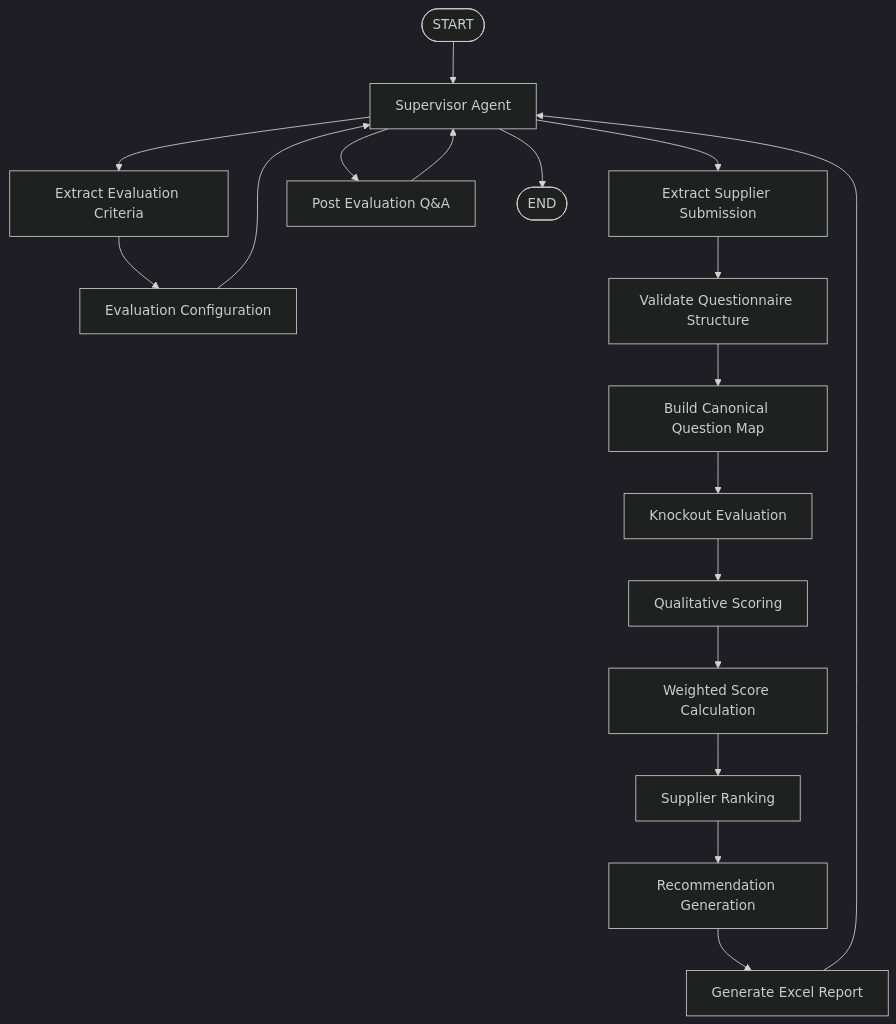
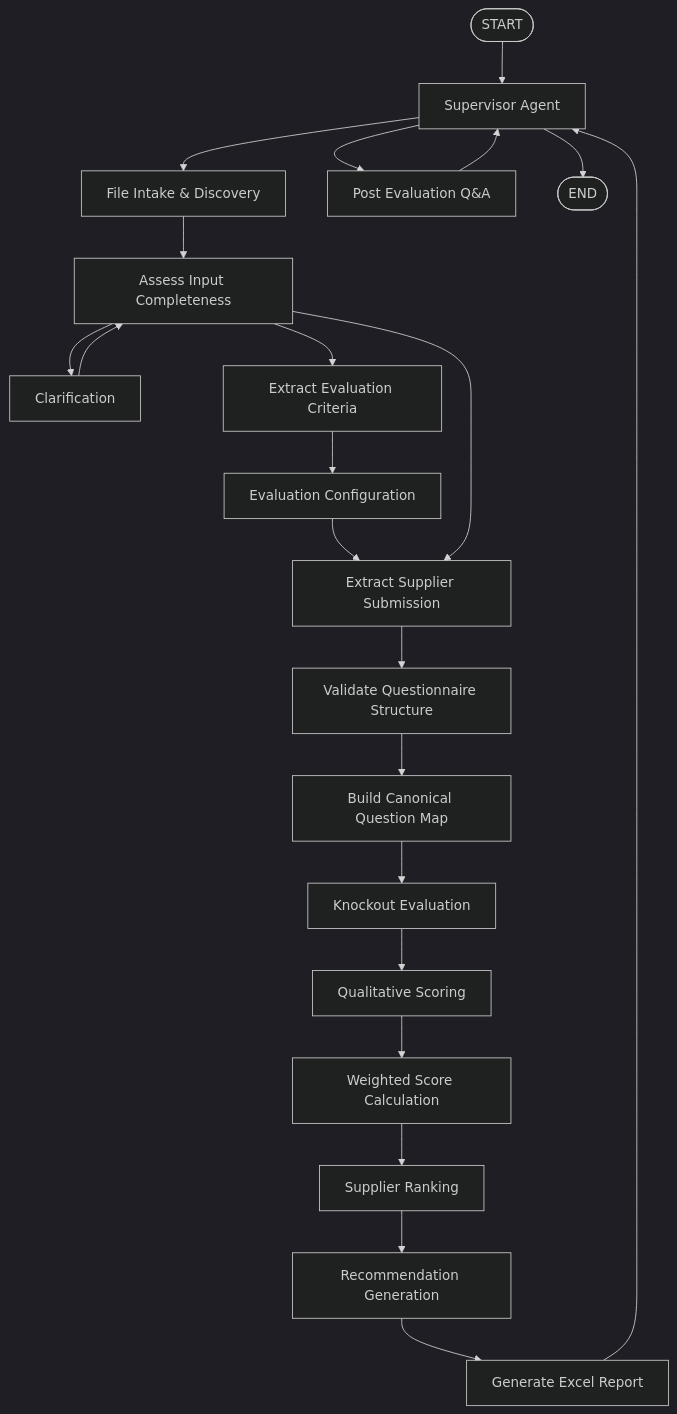
One commit to adityarane-ai/Agentic-Orchestrations changed the diagram in Bid Analysis Agent/06-Overall-Orchestration.md. Above: the diagram before and after it, drawn with Mermaid (dark theme). The commit also changed other lines of this file, not shown here.

Commit message:
Update orchestration for intelligent file discovery

````diff
--- a/Bid Analysis Agent/06-Overall-Orchestration.md
+++ b/Bid Analysis Agent/06-Overall-Orchestration.md
@@ -82,67 +49,44 @@
 ```mermaid
 flowchart TD
 
 Start([START])
-
 Supervisor[Supervisor Agent]
-
+Intake[File Intake & Discovery]
+Assess[Assess Input Completeness]
+Clarify[Clarification]
 Criteria[Extract Evaluation Criteria]
-
 Config[Evaluation Configuration]
-
 Supplier[Extract Supplier Submission]
-
 Validate[Validate Questionnaire Structure]
-
 Canonical[Build Canonical Question Map]
-
 Knockout[Knockout Evaluation]
-
 Score[Qualitative Scoring]
-
 Weight[Weighted Score Calculation]
-
 Rank[Supplier Ranking]
-
 Recommend[Recommendation Generation]
-
 Report[Generate Excel Report]
-
 QA[Post Evaluation Q&A]
-
 End([END])
 
 Start --> Supervisor
-
-Supervisor --> Criteria
-
+Supervisor --> Intake
+Intake --> Assess
+Assess --> Clarify
+Clarify --> Assess
+Assess --> Criteria
 Criteria --> Config
-
-Config --> Supervisor
-
-Supervisor --> Supplier
-
+Config --> Supplier
+Assess --> Supplier
 Supplier --> Validate
-
 Validate --> Canonical
-
 Canonical --> Knockout
-
 Knockout --> Score
-
 Score --> Weight
-
 Weight --> Rank
-
 Rank --> Recommend
-
 Recommend --> Report
-
 Report --> Supervisor
-
 Supervisor --> QA
-
 QA --> Supervisor
-
 Supervisor --> End
 ```
````
